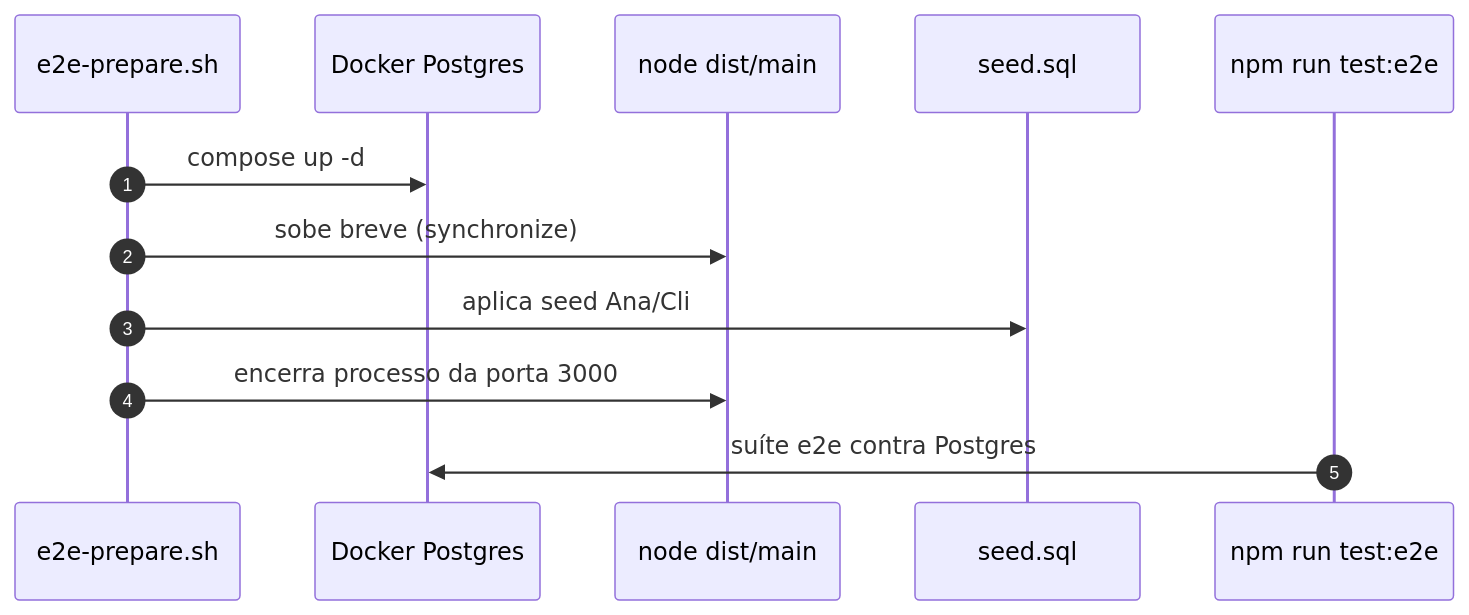
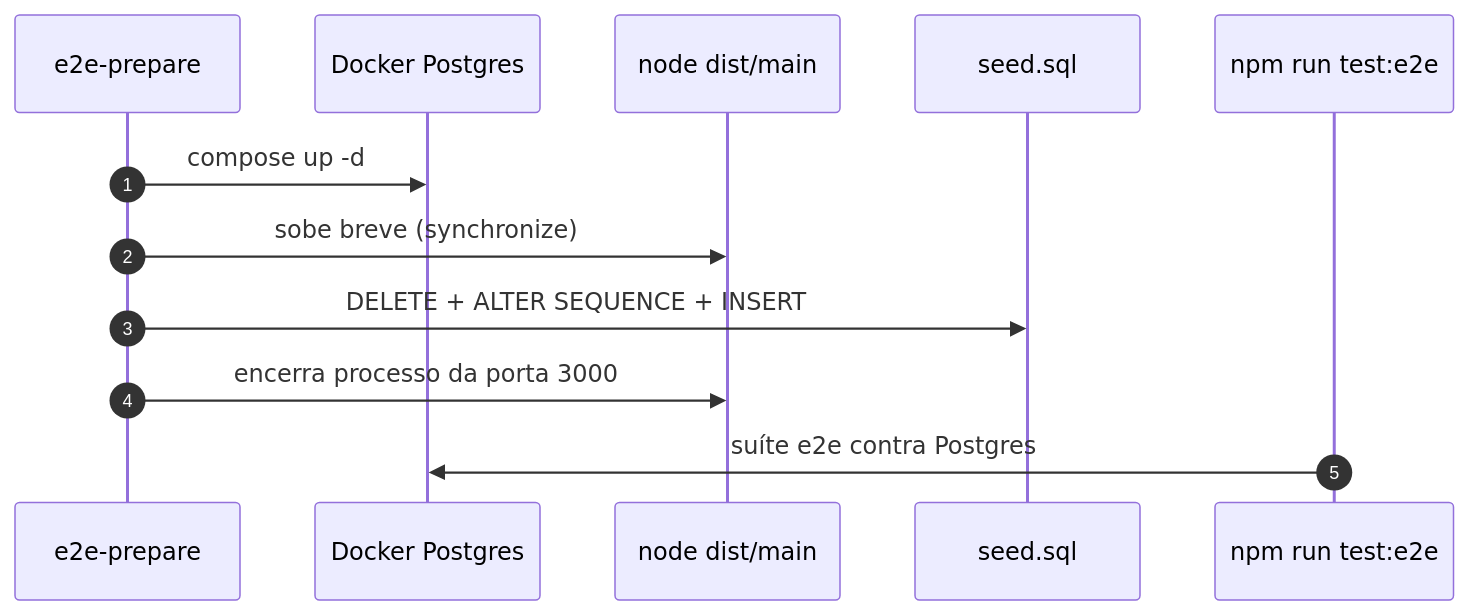
One commit to josinoif/aulas_ads changed the third of 3 diagrams in backend/nest/10.testes_software.md. Above: the diagram before and after it, drawn with Mermaid. The commit also changed other lines of this file and 23 other files, not shown here.

````diff
--- a/backend/nest/10.testes_software.md
+++ b/backend/nest/10.testes_software.md
@@ -146,15 +106,15 @@
 ```mermaid
 sequenceDiagram
     autonumber
-    participant Prep as e2e-prepare.sh
+    participant Prep as e2e-prepare
     participant Dock as Docker Postgres
     participant API as node dist/main
     participant Seed as seed.sql
     participant Jest as npm run test:e2e
 
     Prep->>Dock: compose up -d
     Prep->>API: sobe breve (synchronize)
-    Prep->>Seed: aplica seed Ana/Cli
+    Prep->>Seed: DELETE + ALTER SEQUENCE + INSERT
     Prep->>API: encerra processo da porta 3000
     Jest->>Dock: suíte e2e contra Postgres
 ```
````
